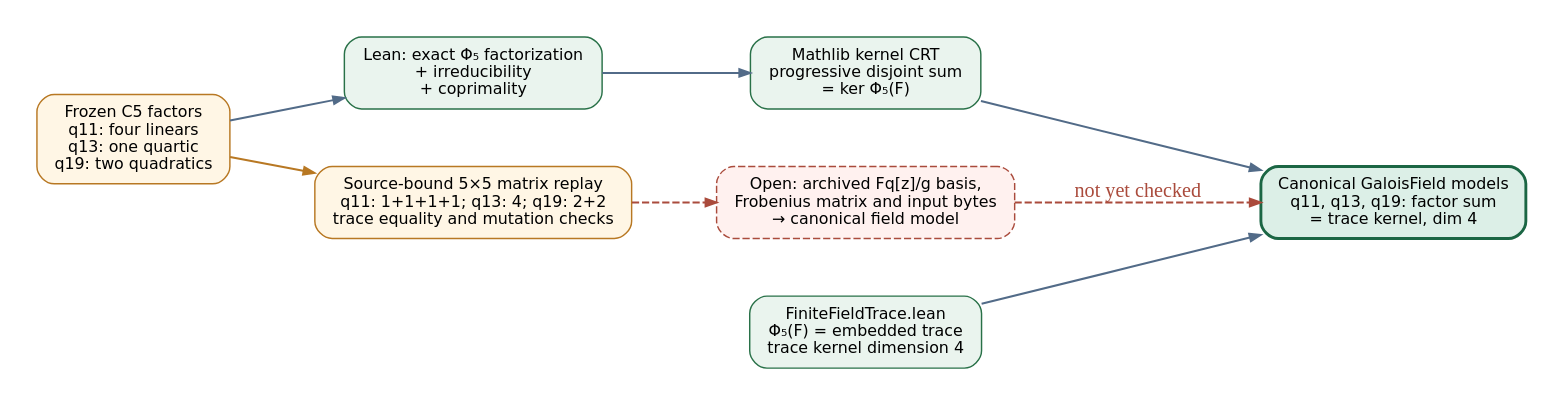
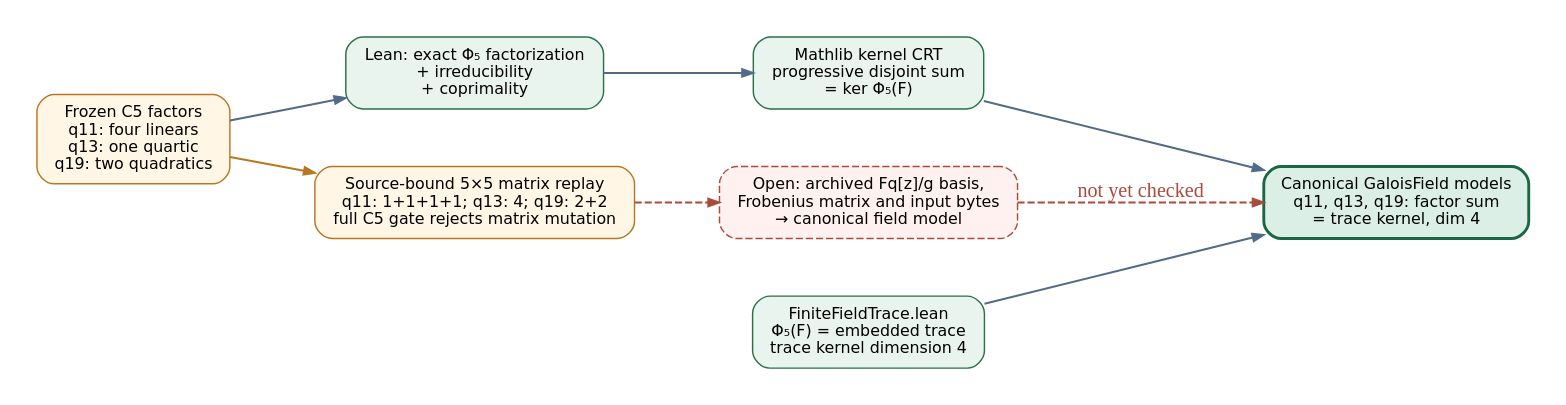
Before and after one commit to aburan28/crypto-autoresearcher: the diagram in docs/reports/2026-10-22-frob-c5-factor-kernels/proof.dot, drawn with Graphviz. The commit also changed 8 other files, not shown here.

Commit message:
Harden C5 matrix mutation and byte-exact replay gate

```diff
--- a/docs/reports/2026-10-22-frob-c5-factor-kernels/proof.dot
+++ b/docs/reports/2026-10-22-frob-c5-factor-kernels/proof.dot
@@ -1,17 +1,17 @@
 digraph C5FactorProof {
   graph [rankdir=LR, bgcolor="white", fontname="DejaVu Sans", nodesep=0.55, ranksep=0.8, pad=0.25];
   node [shape=box, style="rounded,filled", fontname="DejaVu Sans", fontsize=11, color="#274c77", fillcolor="#edf5ff", margin="0.16,0.10"];
   edge [color="#526b88", arrowsize=0.75, penwidth=1.4];
   frozen [label="Frozen C5 factors\nq11: four linears\nq13: one quartic\nq19: two quadratics", fillcolor="#fff6e5", color="#b87823"];
   exact [label="Lean: exact Φ₅ factorization\n+ irreducibility\n+ coprimality", fillcolor="#eaf4ee", color="#297148"];
   crt [label="Mathlib kernel CRT\nprogressive disjoint sum\n= ker Φ₅(F)", fillcolor="#eaf4ee", color="#297148"];
   trace [label="FiniteFieldTrace.lean\nΦ₅(F) = embedded trace\ntrace kernel dimension 4", fillcolor="#eaf4ee", color="#297148"];
   result [label="Canonical GaloisField models\nq11, q13, q19: factor sum\n= trace kernel, dim 4", fillcolor="#dcefe7", color="#1b6644", penwidth=2];
-  replay [label="Source-bound 5×5 matrix replay\nq11: 1+1+1+1; q13: 4; q19: 2+2\ntrace equality and mutation checks", fillcolor="#fff6e5", color="#b87823"];
+  replay [label="Source-bound 5×5 matrix replay\nq11: 1+1+1+1; q13: 4; q19: 2+2\nfull C5 gate rejects matrix mutation", fillcolor="#fff6e5", color="#b87823"];
   bridge [label="Open: archived Fq[z]/g basis,\nFrobenius matrix and input bytes\n→ canonical field model", style="rounded,dashed,filled", fillcolor="#fff1ef", color="#aa4b3c"];
   frozen -> exact -> crt -> result;
   trace -> result;
   frozen -> replay [color="#b87823"];
   replay -> bridge [style=dashed, color="#aa4b3c"];
   bridge -> result [style=dashed, color="#aa4b3c", label="not yet checked", fontcolor="#aa4b3c"];
 }
```
